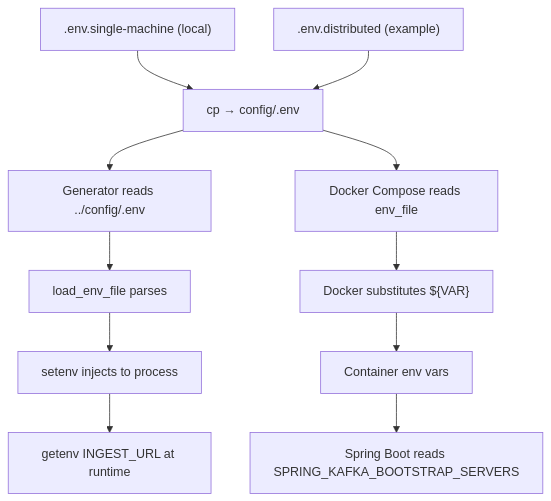
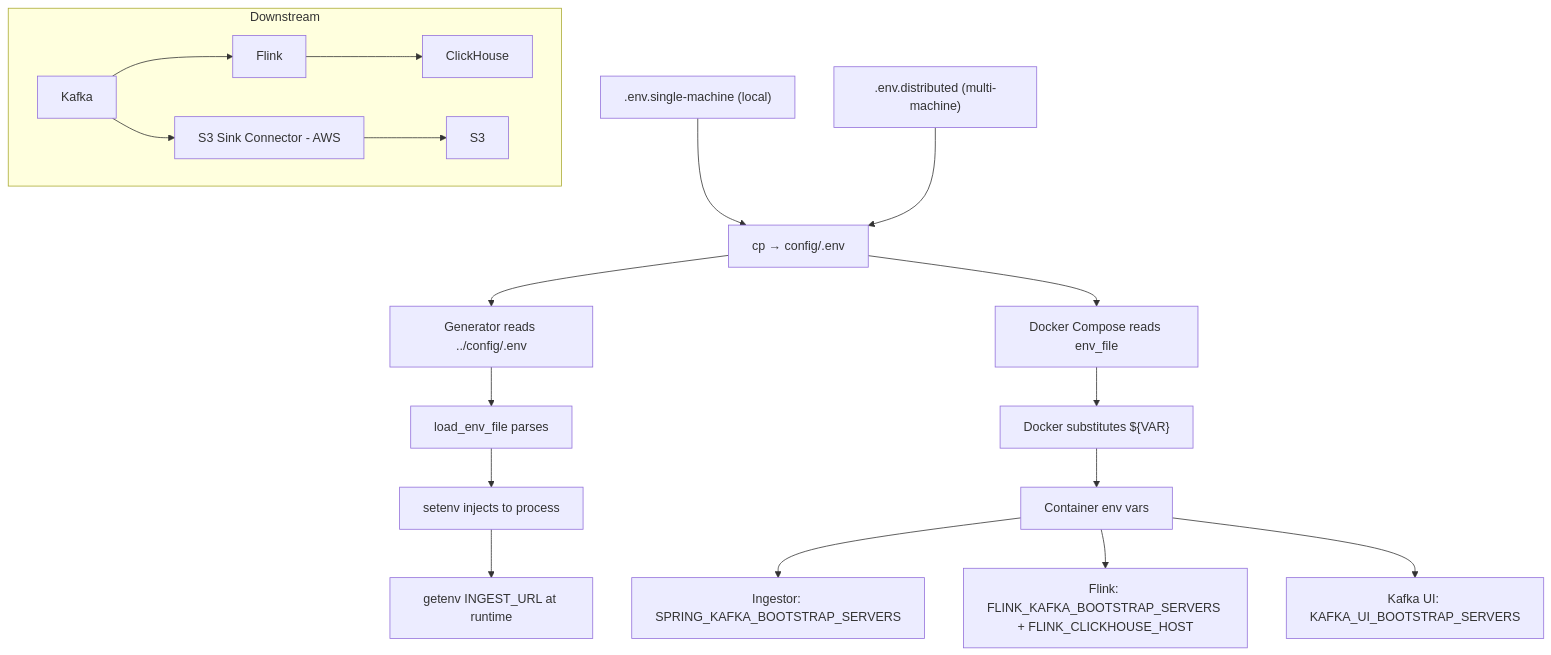
The diagram in config/EXPLANATION.md (YBIGTA/27th-DE-WinterProject), drawn with Mermaid before and after one commit. The commit also changed other lines of this file and 11 other files, not shown here.

````diff
--- a/config/EXPLANATION.md
+++ b/config/EXPLANATION.md
@@ -37,16 +51,25 @@
 ```mermaid
 flowchart TD
     A[".env.single-machine (local)"] --> C["cp → config/.env"]
-    B[".env.distributed (example)"] --> C
+    B[".env.distributed (multi-machine)"] --> C
 
     C --> F[Generator reads ../config/.env]
     C --> G[Docker Compose reads env_file]
 
     F --> H[load_env_file parses]
     H --> I[setenv injects to process]
     I --> J[getenv INGEST_URL at runtime]
 
     G --> K["Docker substitutes ${VAR}"]
     K --> L[Container env vars]
-    L --> M[Spring Boot reads SPRING_KAFKA_BOOTSTRAP_SERVERS]
+    L --> M[Ingestor: SPRING_KAFKA_BOOTSTRAP_SERVERS]
+    L --> N[Flink: FLINK_KAFKA_BOOTSTRAP_SERVERS + FLINK_CLICKHOUSE_HOST]
+    L --> O[Kafka UI: KAFKA_UI_BOOTSTRAP_SERVERS]
+
+    subgraph Downstream
+        P[Kafka] --> Q[Flink]
+        Q --> R[ClickHouse]
+        P --> S[S3 Sink Connector - AWS]
+        S --> T[S3]
+    end
 ```
````
